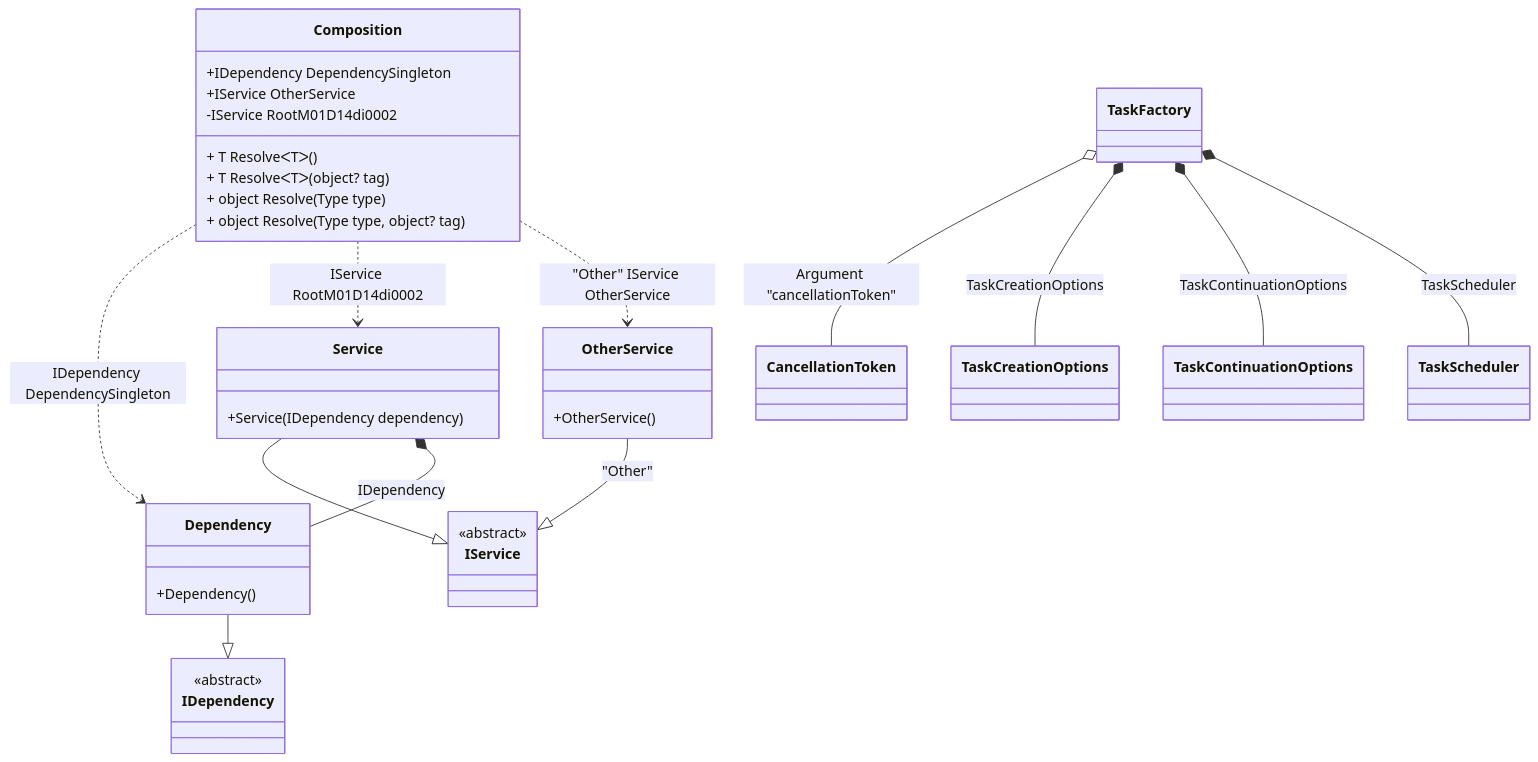
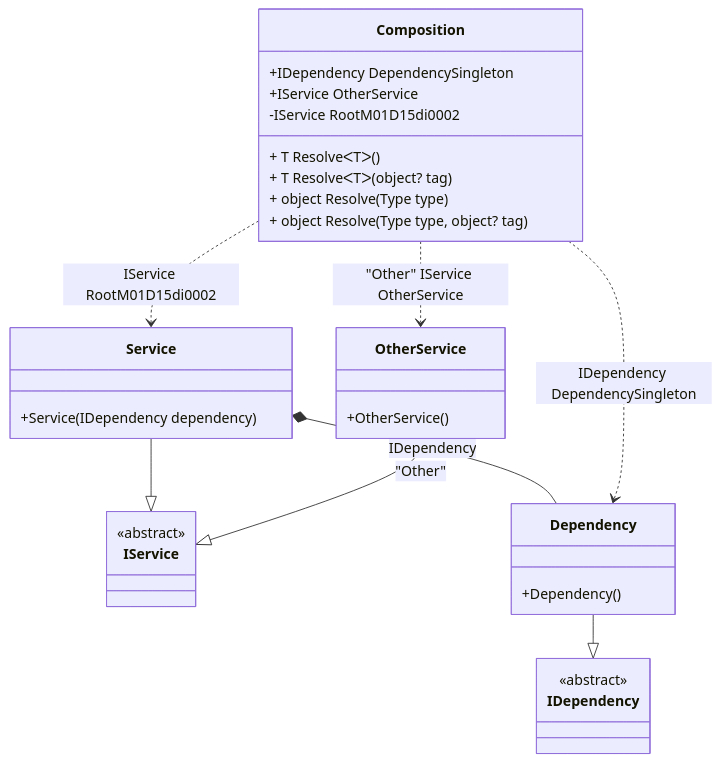
The diagram in readme/resolve-methods.md (DevTeam/Pure.DI), drawn with Mermaid before and after one commit. The commit also changed other lines of this file and 66 other files, not shown here.

Commit message:
Minimizing the volume of the dependency graph

````diff
--- a/readme/resolve-methods.md
+++ b/readme/resolve-methods.md
@@ -45,43 +45,34 @@
 ```mermaid
 classDiagram
   class Composition {
     +IDependency DependencySingleton
     +IService OtherService
-    -IService RootM01D14di0002
+    -IService RootM01D15di0002
     + T ResolveᐸTᐳ()
     + T ResolveᐸTᐳ(object? tag)
     + object Resolve(Type type)
     + object Resolve(Type type, object? tag)
   }
   Service --|> IService : 
   class Service {
     +Service(IDependency dependency)
   }
   Dependency --|> IDependency : 
   class Dependency {
     +Dependency()
   }
   OtherService --|> IService : "Other" 
   class OtherService {
     +OtherService()
   }
-  class TaskScheduler
-  class TaskCreationOptions
-  class TaskContinuationOptions
-  class TaskFactory
-  class CancellationToken
   class IService {
     <<abstract>>
   }
   class IDependency {
     <<abstract>>
   }
   Service *--  Dependency : IDependency
-  TaskFactory o-- CancellationToken : Argument "cancellationToken"
-  TaskFactory *--  TaskCreationOptions : TaskCreationOptions
-  TaskFactory *--  TaskContinuationOptions : TaskContinuationOptions
-  TaskFactory *--  TaskScheduler : TaskScheduler
   Composition ..> Dependency : IDependency DependencySingleton
-  Composition ..> Service : IService RootM01D14di0002
+  Composition ..> Service : IService RootM01D15di0002
   Composition ..> OtherService : "Other" IService OtherService
 ```
````
